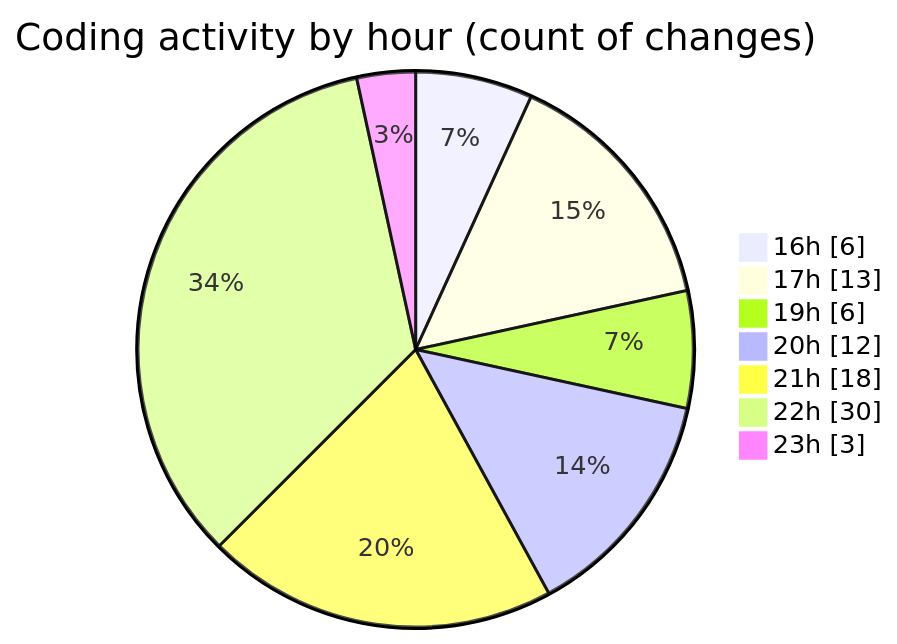
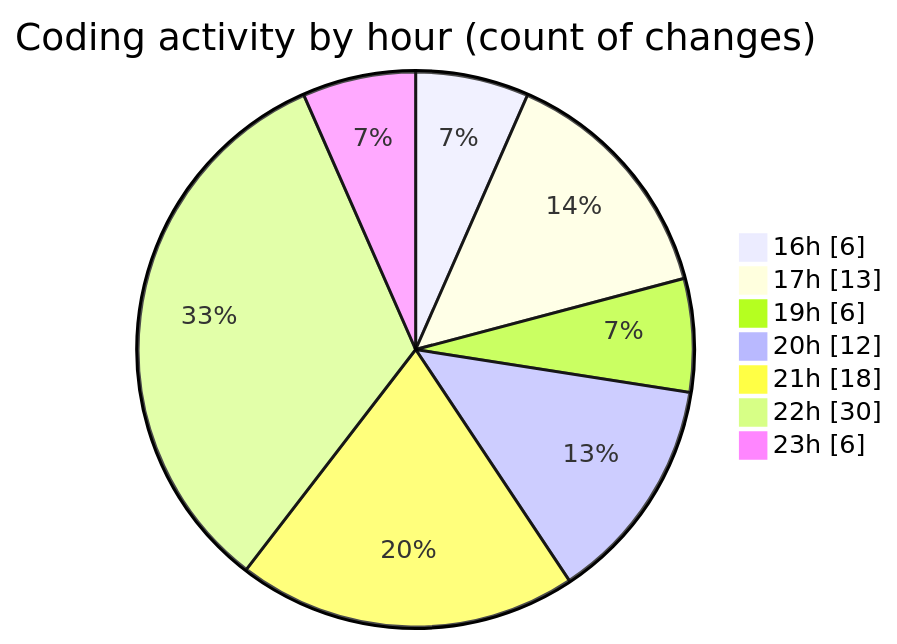
Before and after one commit to idhammustaqopulfikri/code-tracking: the second of 2 diagrams in 2025-06-22/studio-backend/README.md, drawn with Mermaid. The commit also changed other lines of this file and 1 other file, not shown here.

````diff
--- a/2025-06-22/studio-backend/README.md
+++ b/2025-06-22/studio-backend/README.md
@@ -39,11 +39,11 @@
 ```mermaid
 pie showData
 title Coding activity by hour (count of changes)
 "16h" : 6
 "17h" : 13
 "19h" : 6
 "20h" : 12
 "21h" : 18
 "22h" : 30
-"23h" : 3
+"23h" : 6
 ```
````
